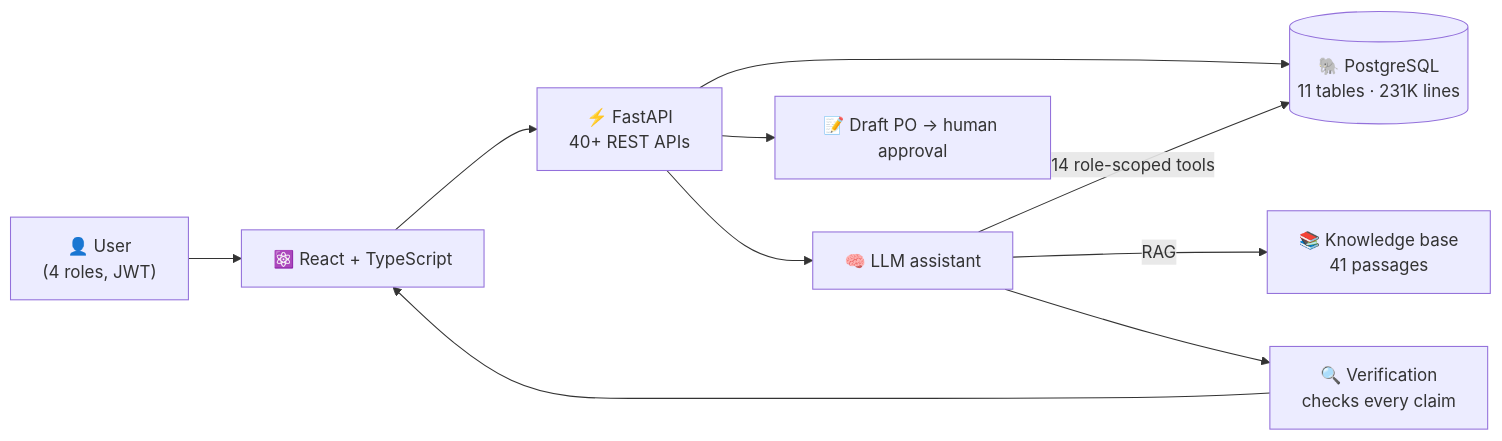
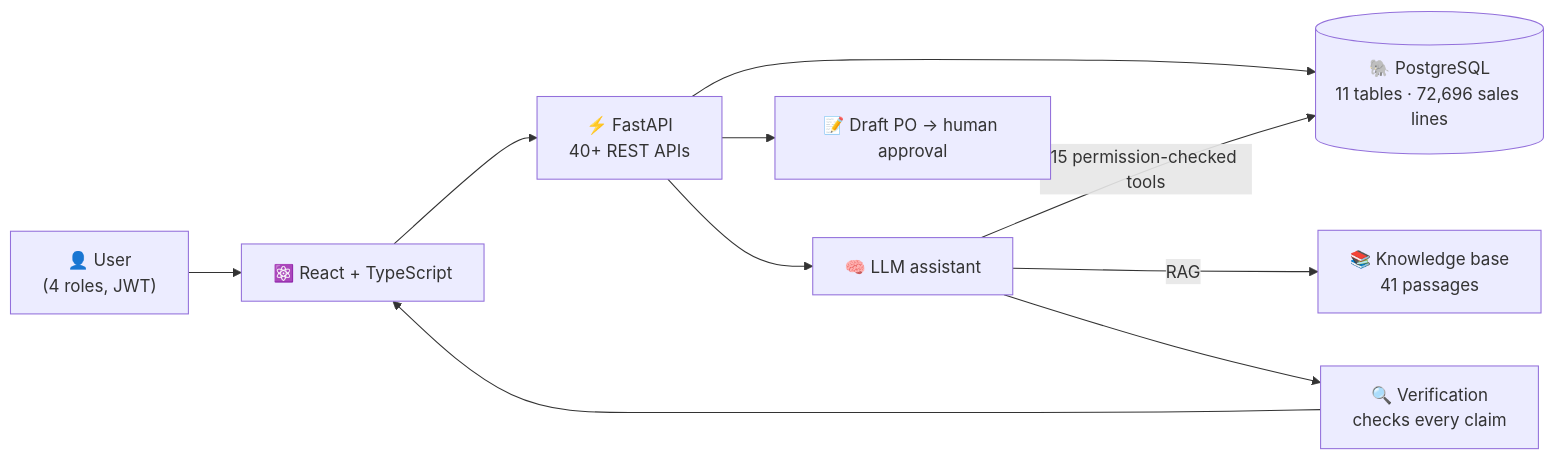
Before and after one commit to MYSiddique2005/MYSiddique2005: the first of 3 diagrams in README.md, drawn with Mermaid. The commit also changed other lines of this file, not shown here.

````diff
--- a/README.md
+++ b/README.md
@@ -93,12 +93,12 @@
 ```mermaid
 flowchart LR
     U["👤 User<br/>(4 roles, JWT)"] --> FE["⚛️ React + TypeScript"]
     FE --> API["⚡ FastAPI<br/>40+ REST APIs"]
-    API --> DB[("🐘 PostgreSQL<br/>11 tables · 231K lines")]
+    API --> DB[("🐘 PostgreSQL<br/>11 tables · 72,696 sales lines")]
     API --> AI["🧠 LLM assistant"]
-    AI -->|14 role-scoped tools| DB
+    AI -->|15 permission-checked tools| DB
     AI -->|RAG| KB["📚 Knowledge base<br/>41 passages"]
     AI --> V["🔍 Verification<br/>checks every claim"]
     V --> FE
     API --> PO["📝 Draft PO → human approval"]
 ```
````
